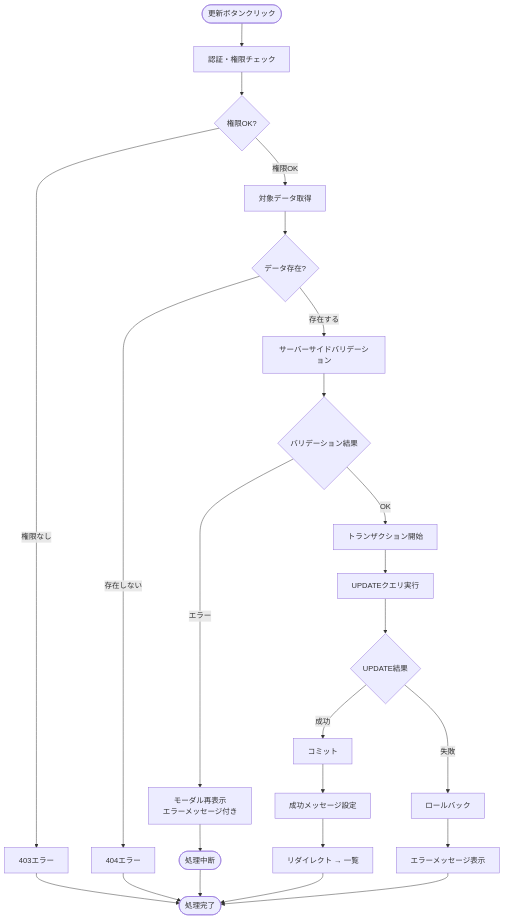
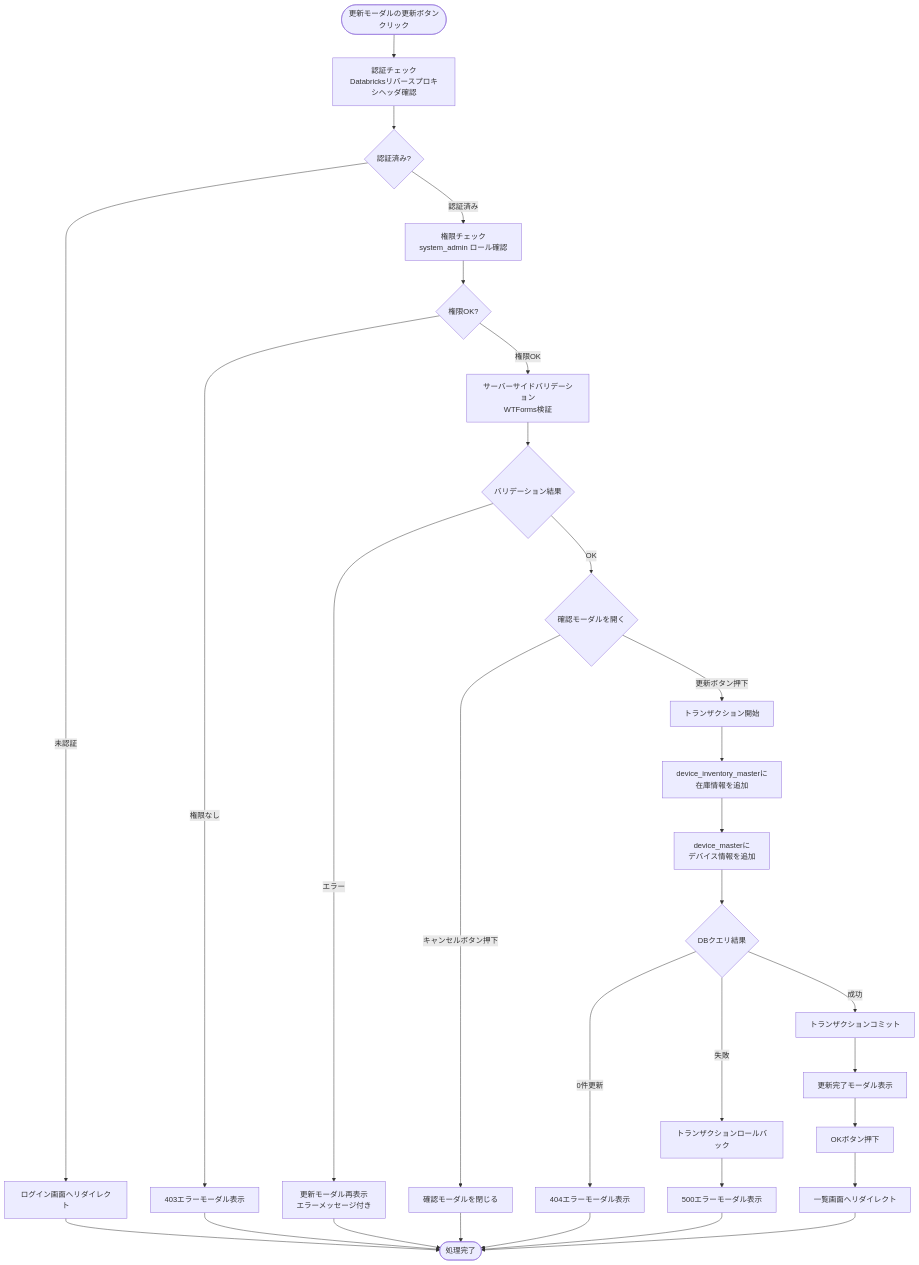
Before and after one commit to NSW-SVCP-AIWG002/Databricks-IoT: the sixth of 9 diagrams in docs/03-features/flask-app/device-inventory/workflow-specification.md, drawn with Mermaid. The commit also changed other lines of this file and 89 other files, not shown here.

````diff
--- a/docs/03-features/flask-app/device-inventory/workflow-specification.md
+++ b/docs/03-features/flask-app/device-inventory/workflow-specification.md
@@ -551,34 +797,41 @@
 ```mermaid
 flowchart TD
-    Start([更新ボタンクリック]) --> Auth[認証・権限チェック]
-    Auth --> CheckPerm{権限OK?}
-    CheckPerm -->|権限なし| Error403[403エラー]
+    Start([更新モーダルの更新ボタン<br>クリック]) --> Auth[認証チェック<br>Databricksリバースプロキシヘッダ確認]
+    Auth --> CheckAuth{認証済み?}
+    CheckAuth -->|未認証| Error401[ログイン画面へリダイレクト]
+    Error401 --> End([処理完了])
 
-    CheckPerm -->|権限OK| Query[対象データ取得]
-    Query --> CheckDB{データ存在?}
+    CheckAuth -->|認証済み| Permission[権限チェック<br>system_admin ロール確認]
+    Permission --> CheckPerm{権限OK?}
+    CheckPerm -->|権限なし| Error403[403エラーモーダル表示]
+    Error403 --> End
 
-    CheckDB -->|存在しない| Error404[404エラー]
-
-    CheckDB -->|存在する| Validate[サーバーサイドバリデーション]
+    CheckPerm -->|権限OK| Validate[サーバーサイドバリデーション<br>WTForms検証]
     Validate --> ValidCheck{バリデーション結果}
 
-    ValidCheck -->|エラー| ValidError[モーダル再表示<br>エラーメッセージ付き]
-    ValidError --> ValidEnd([処理中断])
+    ValidCheck -->|エラー| ValidError[更新モーダル再表示<br>エラーメッセージ付き]
+    ValidError --> End
 
-    ValidCheck -->|OK| BeginTx[トランザクション開始]
-    BeginTx --> Update[UPDATEクエリ実行]
-    Update --> UpdateResult{UPDATE結果}
+    ValidCheck -->|OK| OpenConfirmModal{確認モーダルを開く}
 
-    UpdateResult -->|成功| Commit[コミット]
-    Commit --> Flash[成功メッセージ設定]
-    Flash --> Redirect[リダイレクト → 一覧]
+    OpenConfirmModal -->|キャンセルボタン押下| CancelMsg[確認モーダルを閉じる]
+    CancelMsg --> End
 
-    UpdateResult -->|失敗| Rollback[ロールバック]
-    Rollback --> Error500[エラーメッセージ表示]
+    OpenConfirmModal -->|更新ボタン押下| BeginTx[トランザクション開始]
+    BeginTx --> InsertInventory[device_inventory_masterに<br>在庫情報を追加]
+    InsertInventory --> InsertDevice[device_masterに<br>デバイス情報を追加]
+    InsertDevice --> UpdateResult{DBクエリ結果}
 
-    Error403 --> End([処理完了])
+    UpdateResult -->|0件更新| Error404[404エラーモーダル表示]
     Error404 --> End
-    ValidEnd --> End
+
+    UpdateResult -->|失敗| Rollback[トランザクションロールバック]
+    Rollback --> Error500[500エラーモーダル表示]
+    Error500 --> End
+
+    UpdateResult -->|成功| Commit[トランザクションコミット]
+    Commit --> ShowComplete[更新完了モーダル表示]
+    ShowComplete --> UserOK[OKボタン押下]
+    UserOK --> Redirect[一覧画面へリダイレクト]
     Redirect --> End
-    Error500 --> End
 ```
````
